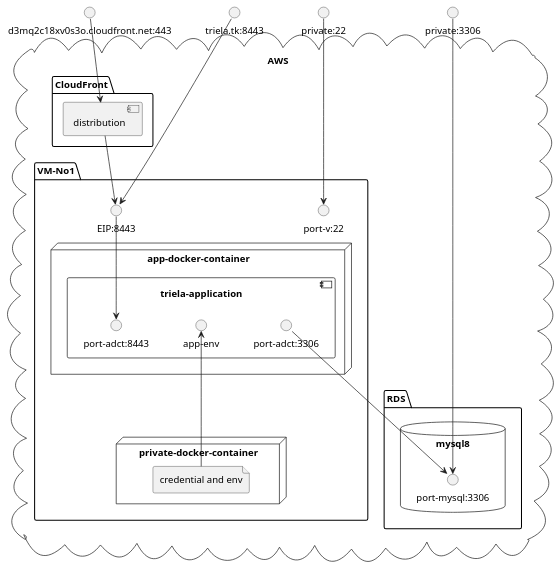
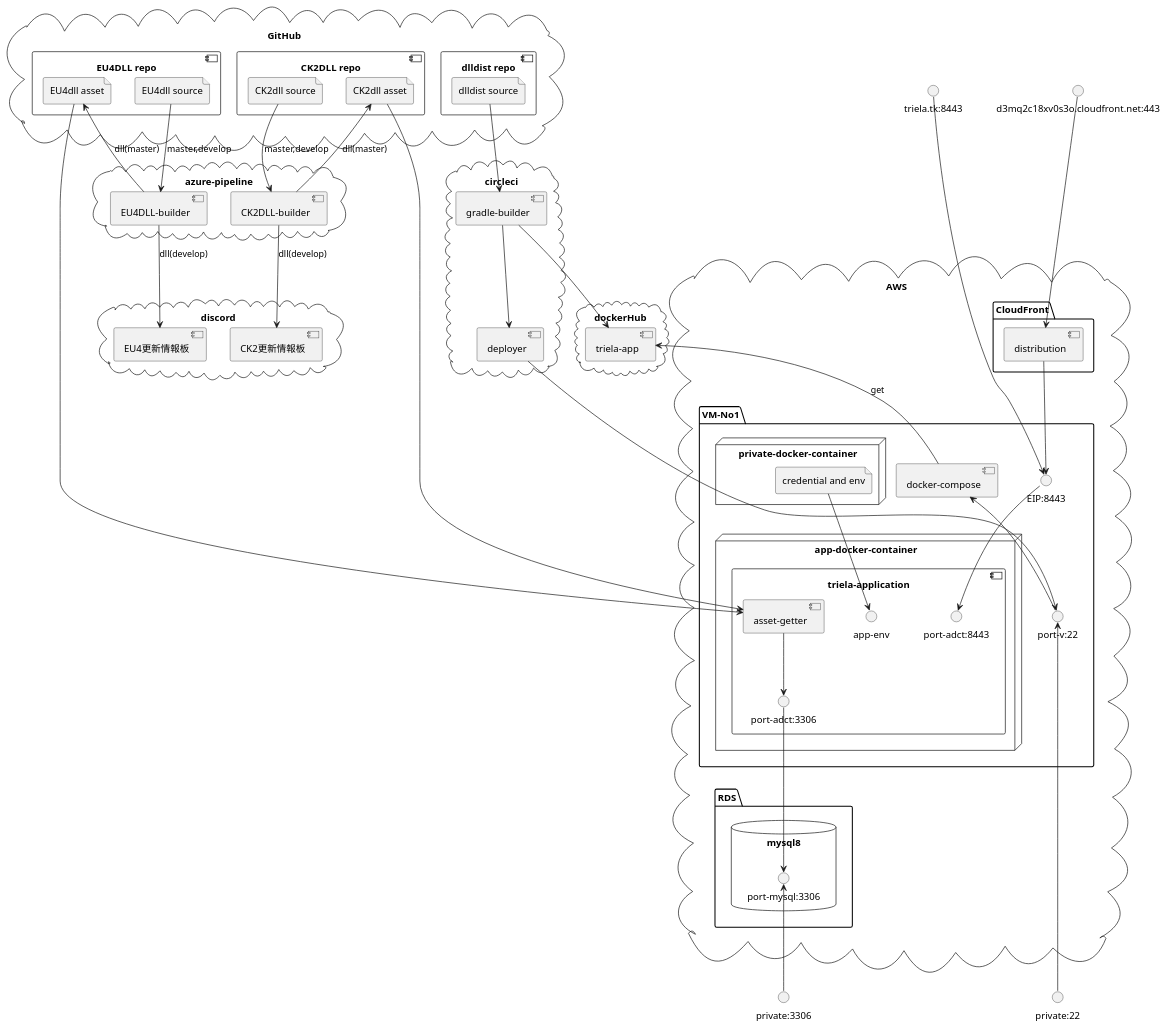
One commit to matanki-saito/dlldistributionserver changed the diagram in Resource/README.img2.puml. Above: the diagram before and after it, drawn with PlantUML. The commit also changed 1 other file, not shown here.

Commit message:
update diagram

```diff
--- a/Resource/README.img2.puml
+++ b/Resource/README.img2.puml
@@ -1,52 +1,110 @@
 @startuml
 
 () "triela.tk:8443"
 () "d3mq2c18xv0s3o.cloudfront.net:443"
 () "private:22"
 () "private:3306"
+
+cloud "GitHub" {
+    component "EU4DLL repo"{
+        file "EU4dll source"
+        file "EU4dll asset"
+    }
+    component "CK2DLL repo" {
+        file "CK2dll source"
+        file "CK2dll asset"
+    }
+    component "dlldist repo" {
+        file "dlldist source"
+    }
+}
+
+cloud "azure-pipeline" {
+    component "EU4DLL-builder"
+    component "CK2DLL-builder"
+}
+
+cloud "discord" {
+    component "EU4更新情報板"
+    component "CK2更新情報板"
+}
+
+cloud "dockerHub" {
+    component "triela-app"
+}
+
+[EU4dll source] --> [EU4DLL-builder] : master,develop
+[EU4dll asset] <-- [EU4DLL-builder] : dll(master)
+[EU4DLL-builder] --> [EU4更新情報板] : dll(develop)
+[CK2dll source] --> [CK2DLL-builder] : master,develop
+[CK2dll asset] <-- [CK2DLL-builder] : dll(master)
+[CK2DLL-builder] --> [CK2更新情報板] : dll(develop)
+
+cloud "circleci" {
+    component "gradle-builder"
+    component "deployer"
+}
+
+[dlldist source] --> [gradle-builder]
+[gradle-builder] --> [triela-app]
+[gradle-builder] --> [deployer]
+
 
 
 cloud "AWS" {
 
     package "CloudFront"{
         component "distribution"
     }
 
     package "RDS"{
         database "mysql8" {
             () "port-mysql:3306"
         }
     }
 
     package "VM-No1" {
     () "EIP:8443"
     () "port-v:22"
+    component "docker-compose"
 
     node "app-docker-container" {
-
         component "triela-application"{
             () "port-adct:3306"
             () "port-adct:8443"
 
             () "app-env"
+
+            component "asset-getter"
+
+            [asset-getter] --> [port-adct:3306]
         }
     }
 
     node "private-docker-container" {
         file "credential and env"
     }
 }
 
-[d3mq2c18xv0s3o.cloudfront.net:443] --> [distribution]
+[triela-app] <-- [docker-compose] : get
+
+[deployer] --> [port-v:22]
+
+[docker-compose] <-- [port-v:22]
+
+[EU4dll asset] --> [asset-getter]
+[CK2dll asset] --> [asset-getter]
+
+[d3mq2c18xv0s3o.cloudfront.net:443] ---> [distribution]
 [distribution] --> [EIP:8443]
-[triela.tk:8443] ---> [EIP:8443]
-[private:22] ---> [port-v:22]
+[triela.tk:8443] ----> [EIP:8443]
+[private:22] -up---> [port-v:22]
 
 [EIP:8443] --> [port-adct:8443]
 
 [port-adct:3306] --> [port-mysql:3306]
-[private:3306] -----> [port-mysql:3306]
+[port-mysql:3306] <-- [private:3306]
 
-[credential and env] -up-> [app-env]
+[credential and env] --> [app-env]
 
 @enduml
```
